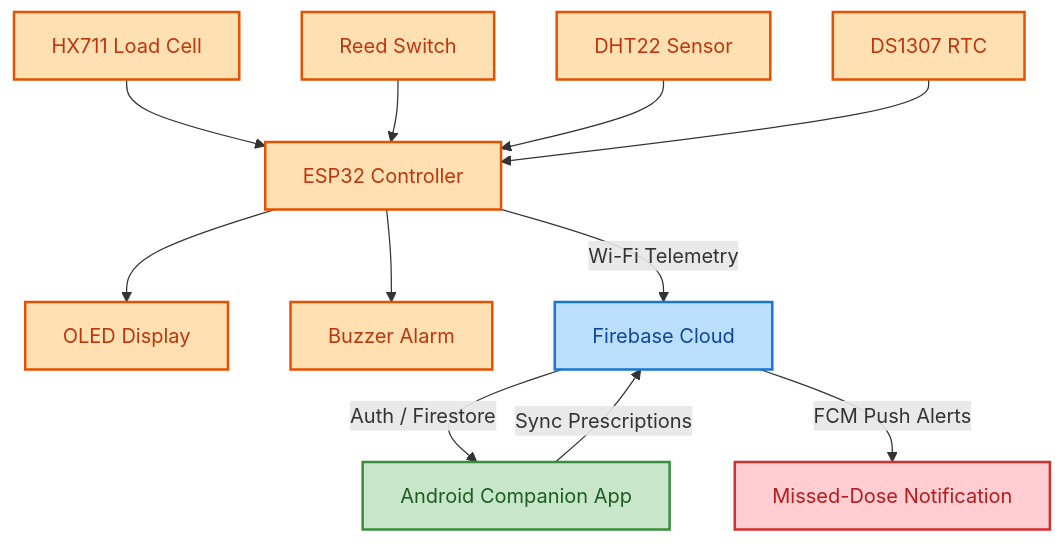
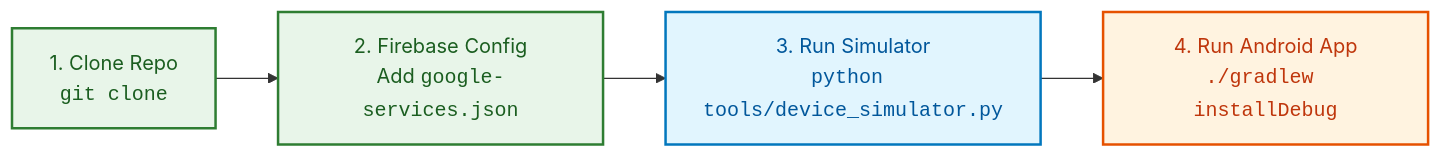
The first of 5 diagrams in README.md (AdityaSurse/Smart-Medicine-Box-EIMS-Project-), drawn with Mermaid before and after one commit. The commit also changed other lines of this file and 8 other files, not shown here.

````diff
--- a/README.md
+++ b/README.md
@@ -15,23 +16,14 @@
 ```mermaid
-flowchart TD
-    classDef device fill:#FFE0B2,stroke:#E65100,stroke-width:2px,color:#BF360C;
-    classDef cloud fill:#BBDEFB,stroke:#1976D2,stroke-width:2px,color:#0D47A1;
-    classDef app fill:#C8E6C9,stroke:#388E3C,stroke-width:2px,color:#1B5E20;
-    classDef alert fill:#FFCDD2,stroke:#D32F2F,stroke-width:2px,color:#B71C1C;
+flowchart LR
+    classDef step fill:#E8F5E9,stroke:#2E7D32,stroke-width:2px,color:#1B5E20;
+    classDef cloud fill:#E1F5FE,stroke:#0277BD,stroke-width:2px,color:#01579B;
+    classDef run fill:#FFF3E0,stroke:#E65100,stroke-width:2px,color:#BF360C;
 
-    S1["HX711 Load Cell"] --> ESP["ESP32 Controller"]
-    S2["Reed Switch"] --> ESP
-    S3["DHT22 Sensor"] --> ESP
-    S4["DS1307 RTC"] --> ESP
-    ESP --> ACT1["OLED Display"]
-    ESP --> ACT2["Buzzer Alarm"]
-    ESP -->|"Wi-Fi Telemetry"| FB["Firebase Cloud"]
-    FB -->|"Auth / Firestore"| APP["Android Companion App"]
-    FB -->|"FCM Push Alerts"| NOTIF["Missed-Dose Notification"]
-    APP -->|"Sync Prescriptions"| FB
+    STEP1["1. Clone Repo<br/><code>git clone</code>"] --> STEP2["2. Firebase Config<br/>Add <code>google-services.json</code>"]
+    STEP2 --> STEP3["3. Run Simulator<br/><code>python tools/device_simulator.py</code>"]
+    STEP3 --> STEP4["4. Run Android App<br/><code>./gradlew installDebug</code>"]
 
-    class S1,S2,S3,S4,ESP,ACT1,ACT2 device;
-    class FB cloud;
-    class APP app;
-    class NOTIF alert;
+    class STEP1,STEP2 step;
+    class STEP3 cloud;
+    class STEP4 run;
 ```
````
